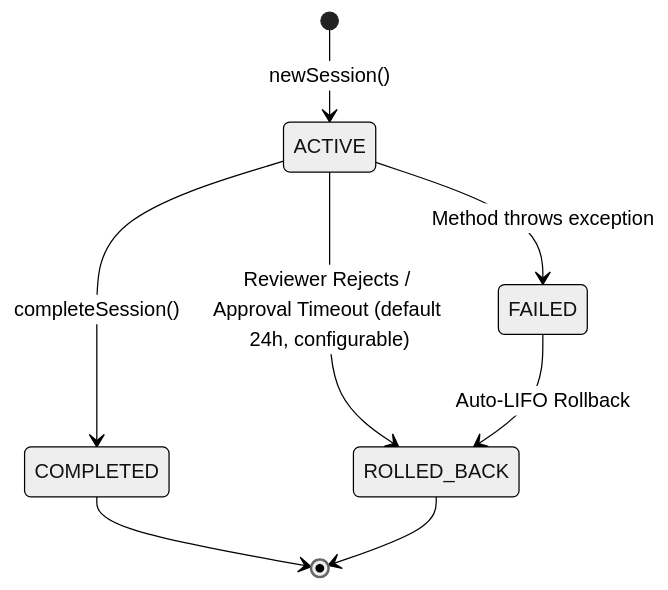
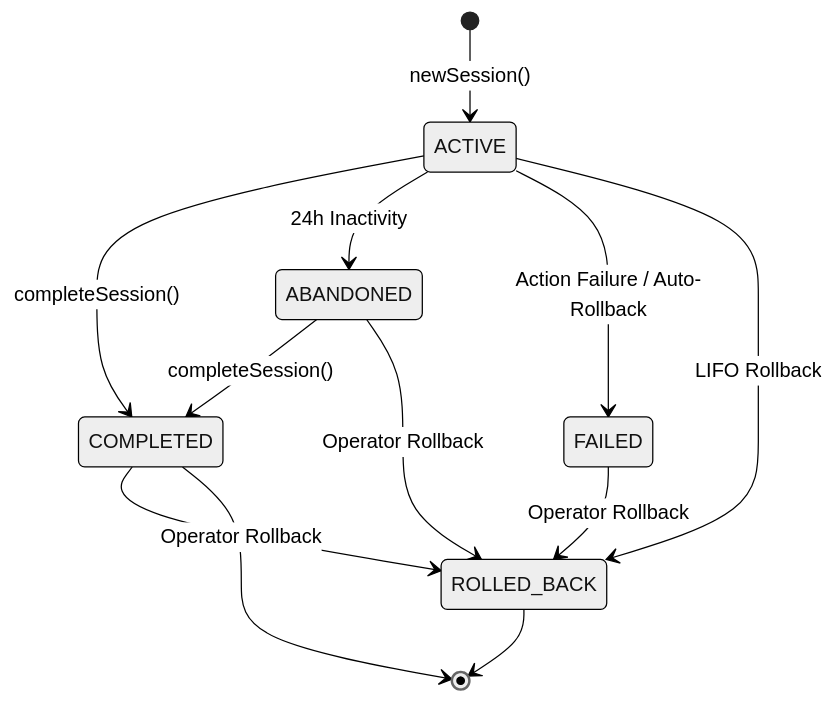
Before and after one commit to agentrein/docs: the diagram in core-concepts.mdx, drawn with Mermaid (neutral theme). The commit also changed other lines of this file and 12 other files, not shown here.

````diff
--- a/core-concepts.mdx
+++ b/core-concepts.mdx
@@ -64,10 +64,14 @@
 ```mermaid
 stateDiagram-v2
     [*] --> ACTIVE: newSession()
-    ACTIVE --> ROLLED_BACK: Reviewer Rejects / Approval Timeout (default 24h, configurable)
-    ACTIVE --> FAILED: Method throws exception
-    FAILED --> ROLLED_BACK: Auto-LIFO Rollback
     ACTIVE --> COMPLETED: completeSession()
+    ACTIVE --> ABANDONED: 24h Inactivity
+    ACTIVE --> FAILED: Action Failure / Auto-Rollback
+    ACTIVE --> ROLLED_BACK: LIFO Rollback
+    ABANDONED --> COMPLETED: completeSession()
+    ABANDONED --> ROLLED_BACK: Operator Rollback
+    COMPLETED --> ROLLED_BACK: Operator Rollback
+    FAILED --> ROLLED_BACK: Operator Rollback
     COMPLETED --> [*]
     ROLLED_BACK --> [*]
 ```
````
